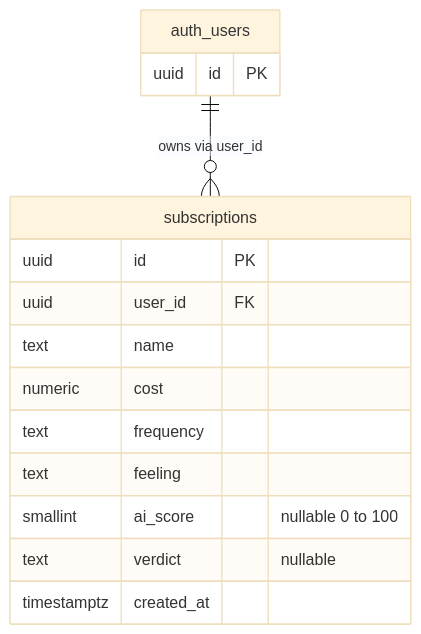
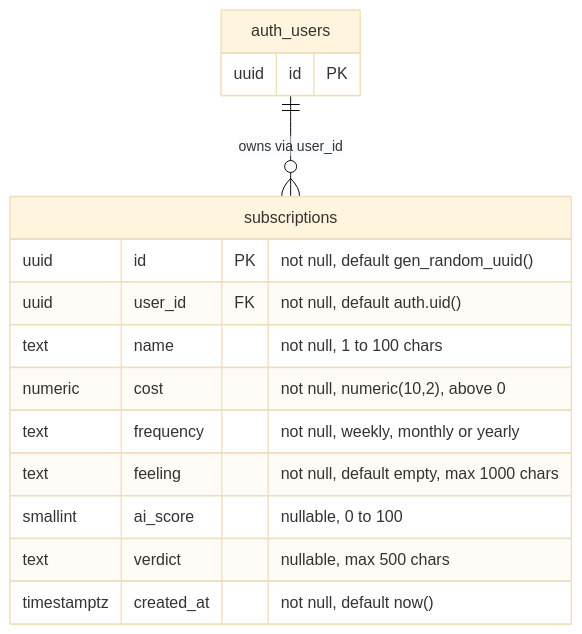
One commit to StephaniePhenex/SubKiller changed the second of 3 diagrams in docs/database diagrams/diagrams.md. Above: the diagram before and after it, drawn with Mermaid (base theme). The commit also changed other lines of this file, not shown here.

Commit message:
docs(#43): match the ERD and RLS notes to the migrations
Add NOT NULL, defaults and limits to the ERD columns, quote the RLS policy
expression and table grants exactly, and note yearly_bleed()'s search_path
and execute revokes.

````diff
--- a/docs/database diagrams/diagrams.md
+++ b/docs/database diagrams/diagrams.md
@@ -58,18 +58,18 @@
 ```mermaid
 erDiagram
     auth_users ||--o{ subscriptions : "owns via user_id"
     auth_users {
         uuid id PK
     }
     subscriptions {
-        uuid id PK
-        uuid user_id FK
-        text name
-        numeric cost
-        text frequency
-        text feeling
-        smallint ai_score "nullable 0 to 100"
-        text verdict "nullable"
-        timestamptz created_at
+        uuid id PK "not null, default gen_random_uuid()"
+        uuid user_id FK "not null, default auth.uid()"
+        text name "not null, 1 to 100 chars"
+        numeric cost "not null, numeric(10,2), above 0"
+        text frequency "not null, weekly, monthly or yearly"
+        text feeling "not null, default empty, max 1000 chars"
+        smallint ai_score "nullable, 0 to 100"
+        text verdict "nullable, max 500 chars"
+        timestamptz created_at "not null, default now()"
     }
 ```
````
